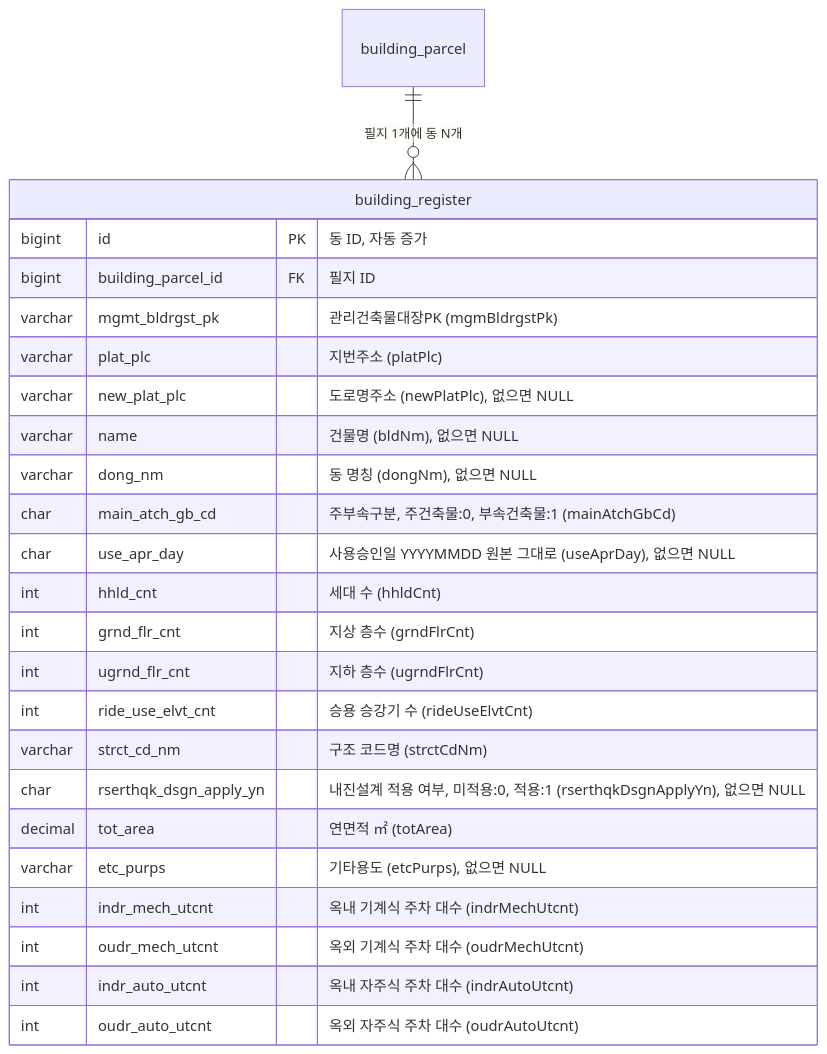
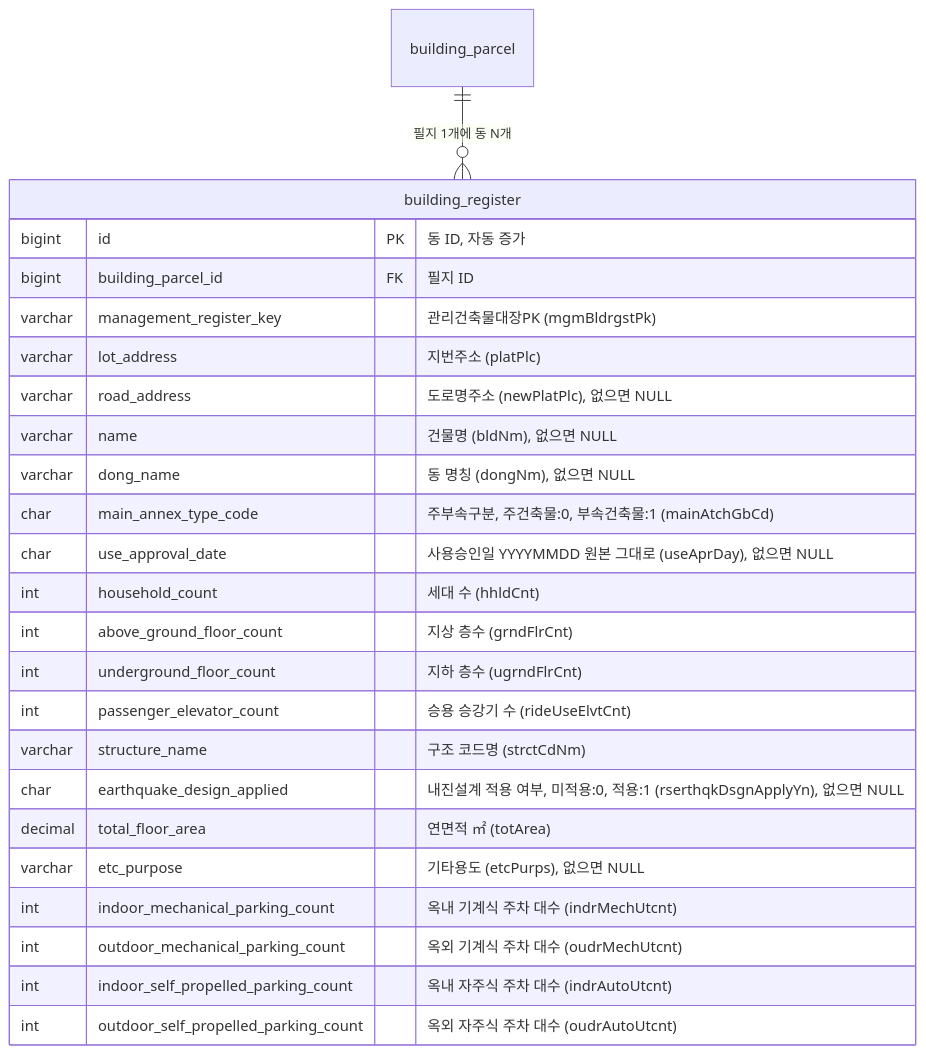
Before and after one commit to f-lab-edu/jipsee: the fourth of 8 diagrams in docs/erd.md, drawn with Mermaid. The commit also changed other lines of this file, not shown here.

````diff
--- a/docs/erd.md
+++ b/docs/erd.md
@@ -75,27 +75,27 @@
 ```mermaid
 erDiagram
     building_parcel ||--o{ building_register : "필지 1개에 동 N개"
     building_register {
         bigint id PK "동 ID, 자동 증가"
         bigint building_parcel_id FK "필지 ID"
-        varchar mgmt_bldrgst_pk "관리건축물대장PK (mgmBldrgstPk)"
-        varchar plat_plc "지번주소 (platPlc)"
-        varchar new_plat_plc "도로명주소 (newPlatPlc), 없으면 NULL"
+        varchar management_register_key "관리건축물대장PK (mgmBldrgstPk)"
+        varchar lot_address "지번주소 (platPlc)"
+        varchar road_address "도로명주소 (newPlatPlc), 없으면 NULL"
         varchar name "건물명 (bldNm), 없으면 NULL"
-        varchar dong_nm "동 명칭 (dongNm), 없으면 NULL"
-        char main_atch_gb_cd "주부속구분, 주건축물:0, 부속건축물:1 (mainAtchGbCd)"
-        char use_apr_day "사용승인일 YYYYMMDD 원본 그대로 (useAprDay), 없으면 NULL"
-        int hhld_cnt "세대 수 (hhldCnt)"
-        int grnd_flr_cnt "지상 층수 (grndFlrCnt)"
-        int ugrnd_flr_cnt "지하 층수 (ugrndFlrCnt)"
-        int ride_use_elvt_cnt "승용 승강기 수 (rideUseElvtCnt)"
-        varchar strct_cd_nm "구조 코드명 (strctCdNm)"
-        char rserthqk_dsgn_apply_yn "내진설계 적용 여부, 미적용:0, 적용:1 (rserthqkDsgnApplyYn), 없으면 NULL"
-        decimal tot_area "연면적 ㎡ (totArea)"
-        varchar etc_purps "기타용도 (etcPurps), 없으면 NULL"
-        int indr_mech_utcnt "옥내 기계식 주차 대수 (indrMechUtcnt)"
-        int oudr_mech_utcnt "옥외 기계식 주차 대수 (oudrMechUtcnt)"
-        int indr_auto_utcnt "옥내 자주식 주차 대수 (indrAutoUtcnt)"
-        int oudr_auto_utcnt "옥외 자주식 주차 대수 (oudrAutoUtcnt)"
+        varchar dong_name "동 명칭 (dongNm), 없으면 NULL"
+        char main_annex_type_code "주부속구분, 주건축물:0, 부속건축물:1 (mainAtchGbCd)"
+        char use_approval_date "사용승인일 YYYYMMDD 원본 그대로 (useAprDay), 없으면 NULL"
+        int household_count "세대 수 (hhldCnt)"
+        int above_ground_floor_count "지상 층수 (grndFlrCnt)"
+        int underground_floor_count "지하 층수 (ugrndFlrCnt)"
+        int passenger_elevator_count "승용 승강기 수 (rideUseElvtCnt)"
+        varchar structure_name "구조 코드명 (strctCdNm)"
+        char earthquake_design_applied "내진설계 적용 여부, 미적용:0, 적용:1 (rserthqkDsgnApplyYn), 없으면 NULL"
+        decimal total_floor_area "연면적 ㎡ (totArea)"
+        varchar etc_purpose "기타용도 (etcPurps), 없으면 NULL"
+        int indoor_mechanical_parking_count "옥내 기계식 주차 대수 (indrMechUtcnt)"
+        int outdoor_mechanical_parking_count "옥외 기계식 주차 대수 (oudrMechUtcnt)"
+        int indoor_self_propelled_parking_count "옥내 자주식 주차 대수 (indrAutoUtcnt)"
+        int outdoor_self_propelled_parking_count "옥외 자주식 주차 대수 (oudrAutoUtcnt)"
     }
 ```
````
